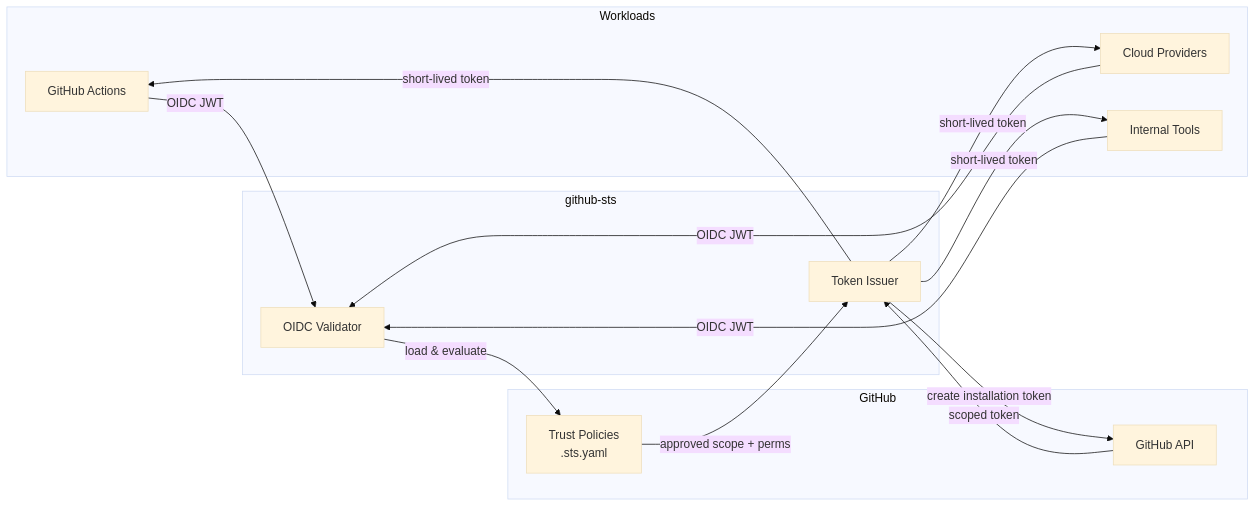
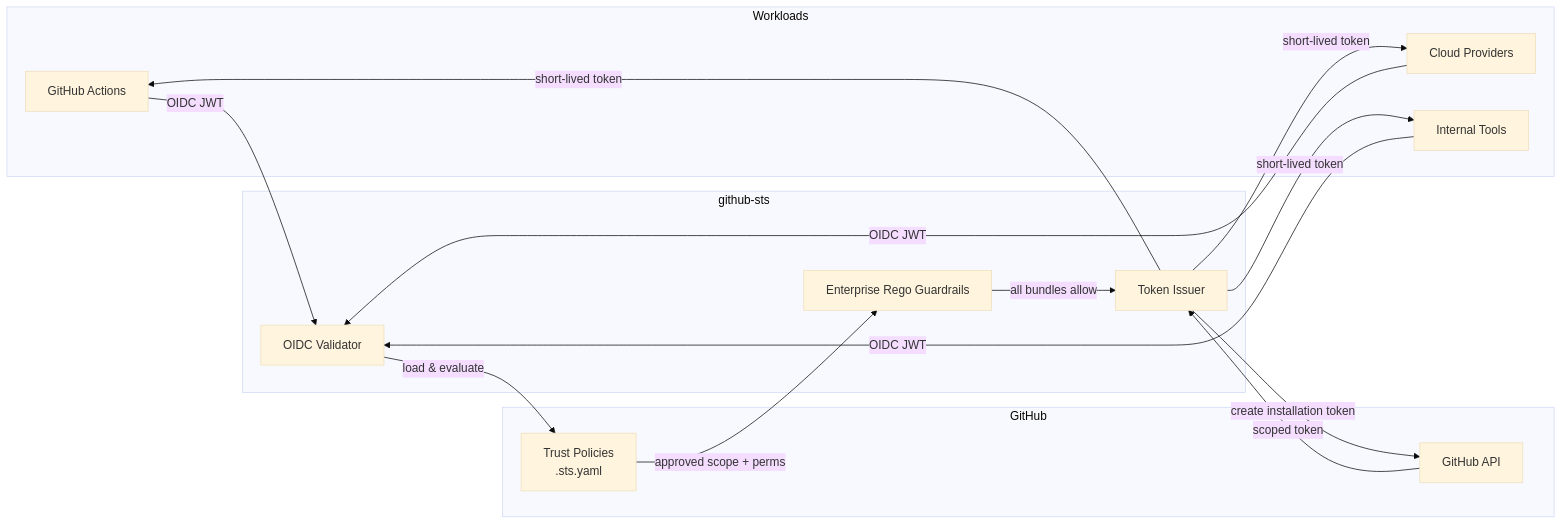
The diagram in README.md (Depthmark/github-sts), drawn with Mermaid (base theme) before and after one commit. The commit also changed other lines of this file and 10 other files, not shown here.

````diff
--- a/README.md
+++ b/README.md
@@ -62,29 +64,31 @@
 ```mermaid
 flowchart LR
     subgraph Workloads
         A["GitHub Actions"]
         B["Cloud Providers"]
         C["Internal Tools"]
     end
 
     subgraph github-sts
         D["OIDC Validator"]
+        H["Enterprise Rego Guardrails"]
         F["Token Issuer"]
     end
 
     subgraph GitHub
         E["Trust Policies\n.sts.yaml"]
         G["GitHub API"]
     end
 
     A -- "OIDC JWT" --> D
     B -- "OIDC JWT" --> D
     C -- "OIDC JWT" --> D
     D -- "load & evaluate" --> E
-    E -- "approved scope + perms" --> F
+    E -- "approved scope + perms" --> H
+    H -- "all bundles allow" --> F
     F -- "create installation token" --> G
     G -- "scoped token" --> F
     F -- "short-lived token" --> A
     F -- "short-lived token" --> B
     F -- "short-lived token" --> C
 ```
````
